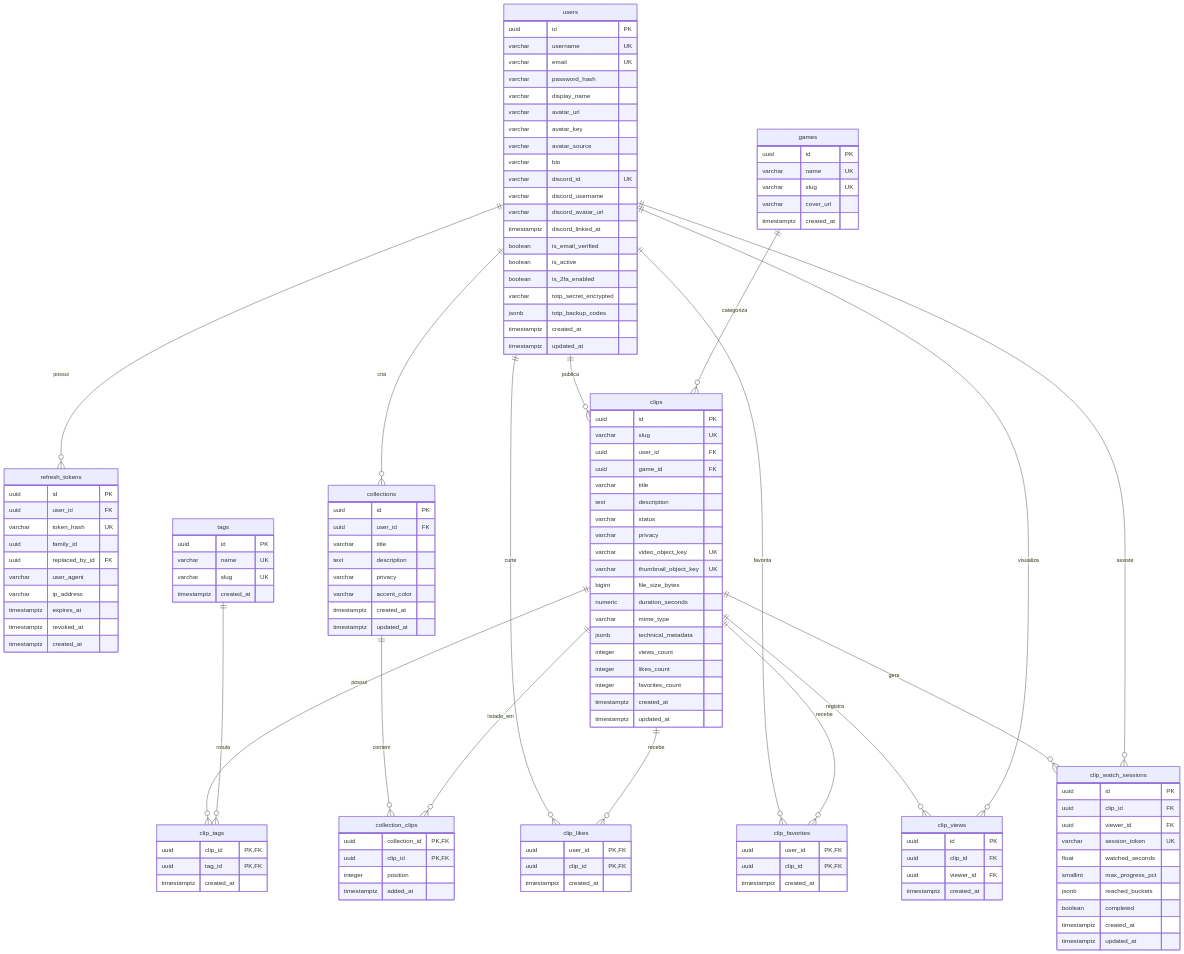
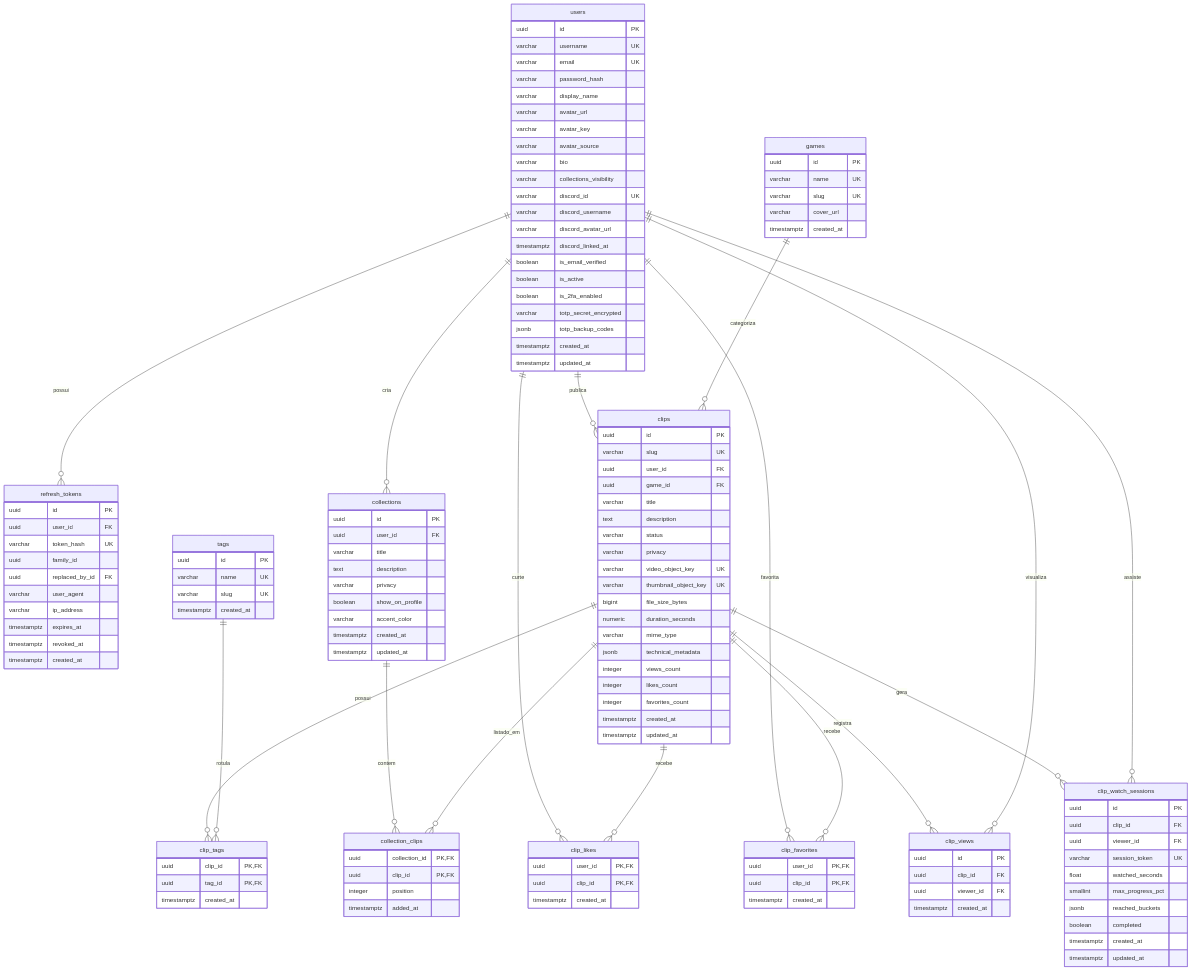
Before and after one commit to Davi-PF/clipai-api: the diagram in docs/DATABASE.md, drawn with Mermaid. The commit also changed other lines of this file and 1 other file, not shown here.

Commit message:
docs(api): document profile collections privacy in schema and contract

```diff
--- a/docs/DATABASE.md
+++ b/docs/DATABASE.md
@@ -47,6 +47,7 @@
         varchar avatar_key
         varchar avatar_source
         varchar bio
+        varchar collections_visibility
         varchar discord_id UK
         varchar discord_username
         varchar discord_avatar_url
@@ -122,6 +123,7 @@
         varchar title
         text description
         varchar privacy
+        boolean show_on_profile
         varchar accent_color
         timestamptz created_at
         timestamptz updated_at
```
